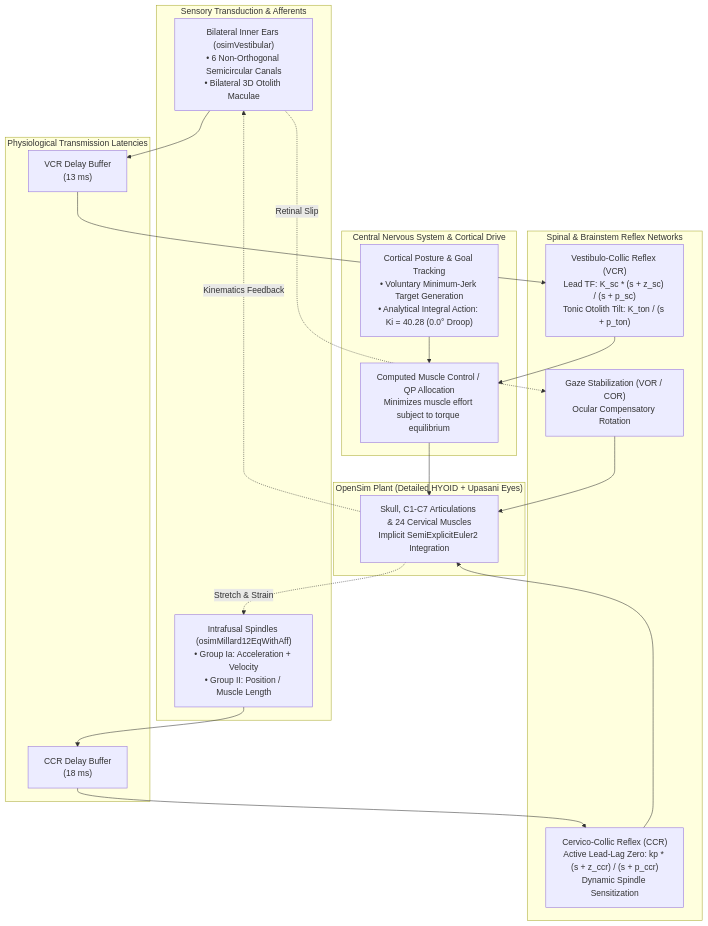
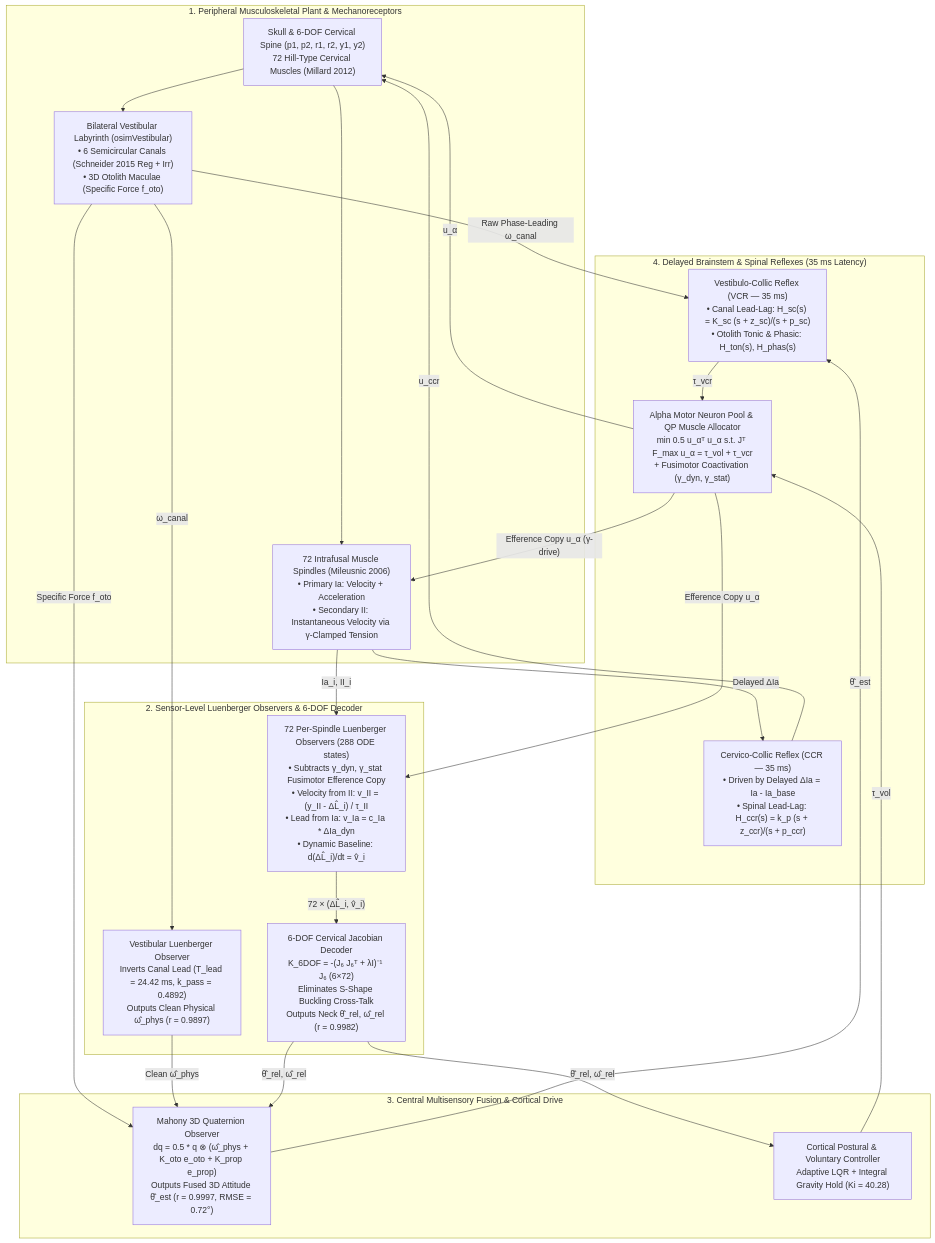
Before and after one commit to utkuoguzman/HeadNeck_Control_w_Sensors_Opensim4_6: the diagram in README.md, drawn with Mermaid. The commit also changed other lines of this file and 200 other files, not shown here.

Commit message:
add luenberger observer to fix mahony

````diff
--- a/README.md
+++ b/README.md
@@ -29,38 +34,44 @@
 ```mermaid
 flowchart TD
-    subgraph SENSORY_SYSTEM [" Sensory Transduction & Afferents "]
-        vestib["Bilateral Inner Ears (osimVestibular)\n• 6 Non-Orthogonal Semicircular Canals\n• Bilateral 3D Otolith Maculae"]
-        spindles["Intrafusal Spindles (osimMillard12EqWithAff)\n• Group Ia: Acceleration + Velocity\n• Group II: Position / Muscle Length"]
+    subgraph PLANT ["1. Peripheral Musculoskeletal Plant & Mechanoreceptors"]
+        skel["Skull & 6-DOF Cervical Spine (p1, p2, r1, r2, y1, y2)\n72 Hill-Type Cervical Muscles (Millard 2012)"]
+        vestib["Bilateral Vestibular Labyrinth (osimVestibular)\n• 6 Semicircular Canals (Schneider 2015 Reg + Irr)\n• 3D Otolith Maculae (Specific Force f_oto)"]
+        spindles["72 Intrafusal Muscle Spindles (Mileusnic 2006)\n• Primary Ia: Velocity + Acceleration\n• Secondary II: Instantaneous Velocity via γ-Clamped Tension"]
     end
 
-    subgraph DELAYS [" Physiological Transmission Latencies "]
-        d_vcr["VCR Delay Buffer\n(13 ms)"]
-        d_ccr["CCR Delay Buffer\n(18 ms)"]
+    subgraph LUENBERGER ["2. Sensor-Level Luenberger Observers & 6-DOF Decoder"]
+        v_luen["Vestibular Luenberger Observer\nInverts Canal Lead (T_lead = 24.42 ms, k_pass = 0.4892)\nOutputs Clean Physical ω̂_phys (r = 0.9897)"]
+        s_luen["72 Per-Spindle Luenberger Observers (288 ODE states)\n• Subtracts γ_dyn, γ_stat Fusimotor Efference Copy\n• Velocity from II: v_II = (y_II - ΔL̂_i) / τ_II\n• Lead from Ia: v_Ia = c_Ia * ΔIa_dyn\n• Dynamic Baseline: d(ΔL̂_i)/dt = v̂_i"]
+        jac6["6-DOF Cervical Jacobian Decoder\nK_6DOF = -(J₆ J₆ᵀ + λI)⁻¹ J₆ (6×72)\nEliminates S-Shape Buckling Cross-Talk\nOutputs Neck θ̂_rel, ω̂_rel (r = 0.9982)"]
     end
 
-    subgraph CNS_CORTICAL [" Central Nervous System & Cortical Drive "]
-        cortical["Cortical Posture & Goal Tracking\n• Voluntary Minimum-Jerk Target Generation\n• Analytical Integral Action: Ki = 40.28 (0.0° Droop)"]
-        qp["Computed Muscle Control / QP Allocation\nMinimizes muscle effort subject to torque equilibrium"]
+    subgraph FUSION ["3. Central Multisensory Fusion & Cortical Drive"]
+        mahony["Mahony 3D Quaternion Observer\ndq = 0.5 * q ⊗ (ω̂_phys + K_oto e_oto + K_prop e_prop)\nOutputs Fused 3D Attitude θ̂_est (r = 0.9997, RMSE = 0.72°)"]
+        cortical["Cortical Postural & Voluntary Controller\nAdaptive LQR + Integral Gravity Hold (Ki = 40.28)"]
     end
 
-    subgraph REFLEX_LOOPS [" Spinal & Brainstem Reflex Networks "]
-        vcr["Vestibulo-Collic Reflex (VCR)\nLead TF: K_sc * (s + z_sc) / (s + p_sc)\nTonic Otolith Tilt: K_ton / (s + p_ton)"]
-        ccr["Cervico-Collic Reflex (CCR)\nActive Lead-Lag Zero: kp * (s + z_ccr) / (s + p_ccr)\nDynamic Spindle Sensitization"]
-        vor_cor["Gaze Stabilization (VOR / COR)\nOcular Compensatory Rotation"]
+    subgraph REFLEX ["4. Delayed Brainstem & Spinal Reflexes (35 ms Latency)"]
+        vcr["Vestibulo-Collic Reflex (VCR — 35 ms)\n• Canal Lead-Lag: H_sc(s) = K_sc (s + z_sc)/(s + p_sc)\n• Otolith Tonic & Phasic: H_ton(s), H_phas(s)"]
+        ccr["Cervico-Collic Reflex (CCR — 35 ms)\n• Driven by Delayed ΔIa = Ia - Ia_base\n• Spinal Lead-Lag: H_ccr(s) = k_p (s + z_ccr)/(s + p_ccr)"]
+        qp["Alpha Motor Neuron Pool & QP Muscle Allocator\nmin 0.5 u_αᵀ u_α s.t. Jᵀ F_max u_α = τ_vol + τ_vcr\n+ Fusimotor Coactivation (γ_dyn, γ_stat)"]
     end
 
-    subgraph MUSCULOSKELETAL [" OpenSim Plant (Detailed HYOID + Upasani Eyes) "]
-        plant["Skull, C1-C7 Articulations & 24 Cervical Muscles\nImplicit SemiExplicitEuler2 Integration"]
-    end
-
-    vestib --> d_vcr --> vcr
-    spindles --> d_ccr --> ccr
-    cortical --> qp
-    vcr --> qp
-    ccr --> plant
-    qp --> plant
-    plant -. Kinematics Feedback .-> vestib
-    plant -. Stretch & Strain .-> spindles
-    vestib -. Retinal Slip .-> vor_cor
-    vor_cor --> plant
+    skel --> vestib
+    skel --> spindles
+    vestib -->|"Raw Phase-Leading ω_canal"| vcr
+    vestib -->|"ω_canal"| v_luen
+    vestib -->|"Specific Force f_oto"| mahony
+    spindles -->|"Delayed ΔIa"| ccr
+    spindles -->|"Ia_i, II_i"| s_luen
+    s_luen -->|"72 × (ΔL̂_i, v̂_i)"| jac6
+    v_luen -->|"Clean ω̂_phys"| mahony
+    jac6 -->|"θ̂_rel, ω̂_rel"| mahony
+    jac6 -->|"θ̂_rel, ω̂_rel"| cortical
+    mahony -->|"θ̂_est"| vcr
+    cortical -->|"τ_vol"| qp
+    vcr -->|"τ_vcr"| qp
+    qp -->|"Efference Copy u_α (γ-drive)"| spindles
+    qp -->|"Efference Copy u_α"| s_luen
+    qp -->|"u_α"| skel
+    ccr -->|"u_ccr"| skel
 ```
````
